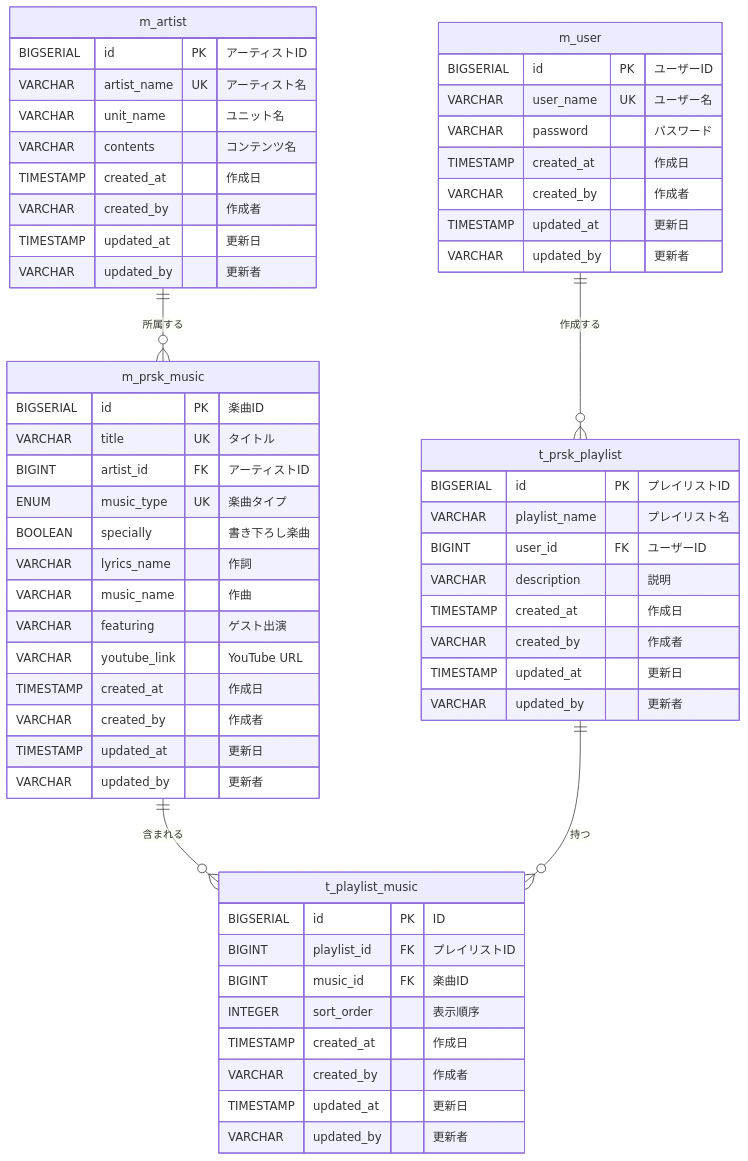
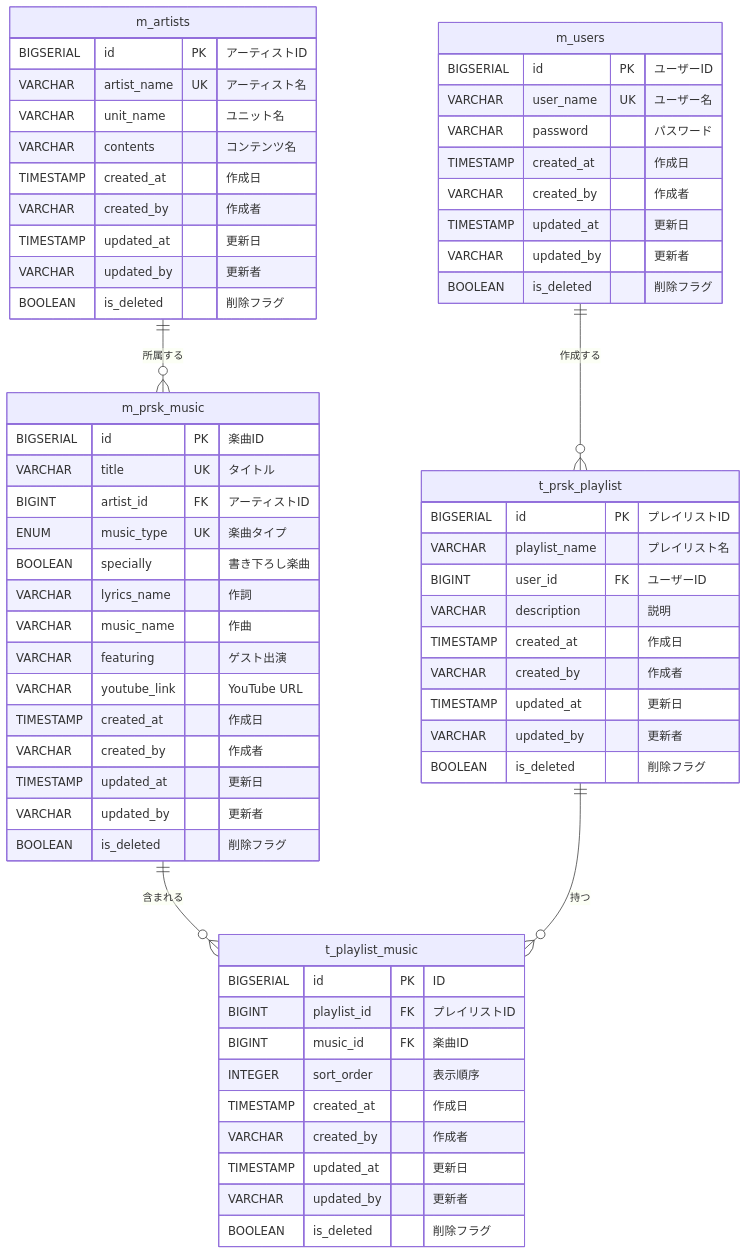
The diagram in doc/spec/entity-relationship-diagram.md (Narumikr/prsk-backend-SToRY), drawn with Mermaid before and after one commit. The commit also changed 4 other files, not shown here.

````diff
--- a/doc/spec/entity-relationship-diagram.md
+++ b/doc/spec/entity-relationship-diagram.md
@@ -3,66 +3,71 @@
 ```mermaid
 erDiagram
-    m_user ||--o{ t_prsk_playlist : "作成する"
-    m_artist ||--o{ m_prsk_music : "所属する"
+    m_users ||--o{ t_prsk_playlist : "作成する"
+    m_artists ||--o{ m_prsk_music : "所属する"
     m_prsk_music ||--o{ t_playlist_music : "含まれる"
     t_prsk_playlist ||--o{ t_playlist_music : "持つ"
 
-    m_user {
+    m_users {
         BIGSERIAL id PK "ユーザーID"
         VARCHAR user_name UK "ユーザー名"
         VARCHAR password "パスワード"
         TIMESTAMP created_at "作成日"
         VARCHAR created_by "作成者"
         TIMESTAMP updated_at "更新日"
         VARCHAR updated_by "更新者"
+        BOOLEAN is_deleted "削除フラグ"
     }
 
-    m_artist {
+    m_artists {
         BIGSERIAL id PK "アーティストID"
         VARCHAR artist_name UK "アーティスト名"
         VARCHAR unit_name "ユニット名"
         VARCHAR contents "コンテンツ名"
         TIMESTAMP created_at "作成日"
         VARCHAR created_by "作成者"
         TIMESTAMP updated_at "更新日"
         VARCHAR updated_by "更新者"
+        BOOLEAN is_deleted "削除フラグ"
     }
 
     m_prsk_music {
         BIGSERIAL id PK "楽曲ID"
         VARCHAR title UK "タイトル"
         BIGINT artist_id FK "アーティストID"
         ENUM music_type UK "楽曲タイプ"
         BOOLEAN specially "書き下ろし楽曲"
         VARCHAR lyrics_name "作詞"
         VARCHAR music_name "作曲"
         VARCHAR featuring "ゲスト出演"
         VARCHAR youtube_link "YouTube URL"
         TIMESTAMP created_at "作成日"
         VARCHAR created_by "作成者"
         TIMESTAMP updated_at "更新日"
         VARCHAR updated_by "更新者"
+        BOOLEAN is_deleted "削除フラグ"
     }
 
     t_prsk_playlist {
         BIGSERIAL id PK "プレイリストID"
         VARCHAR playlist_name "プレイリスト名"
         BIGINT user_id FK "ユーザーID"
         VARCHAR description "説明"
         TIMESTAMP created_at "作成日"
         VARCHAR created_by "作成者"
         TIMESTAMP updated_at "更新日"
         VARCHAR updated_by "更新者"
+        BOOLEAN is_deleted "削除フラグ"
     }
 
     t_playlist_music {
         BIGSERIAL id PK "ID"
         BIGINT playlist_id FK "プレイリストID"
         BIGINT music_id FK "楽曲ID"
         INTEGER sort_order "表示順序"
         TIMESTAMP created_at "作成日"
         VARCHAR created_by "作成者"
         TIMESTAMP updated_at "更新日"
         VARCHAR updated_by "更新者"
+        BOOLEAN is_deleted "削除フラグ"
     }
 ```
````
